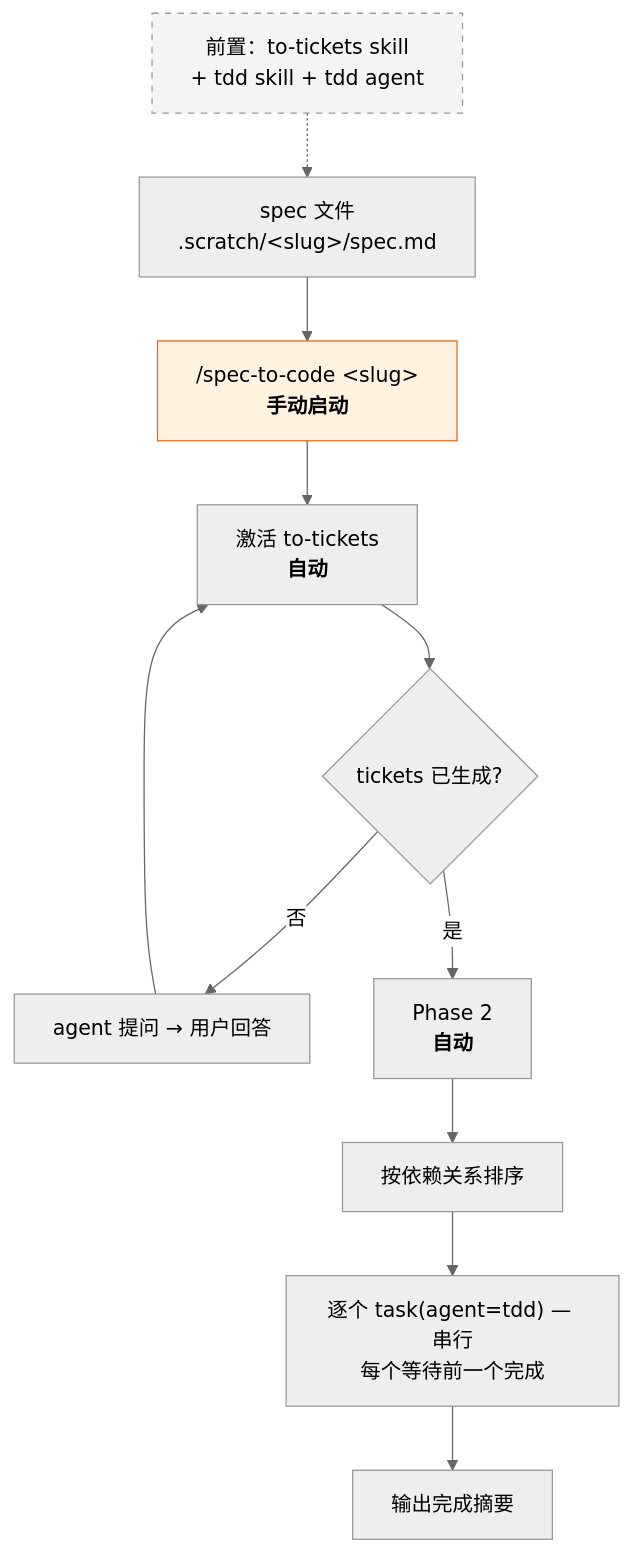
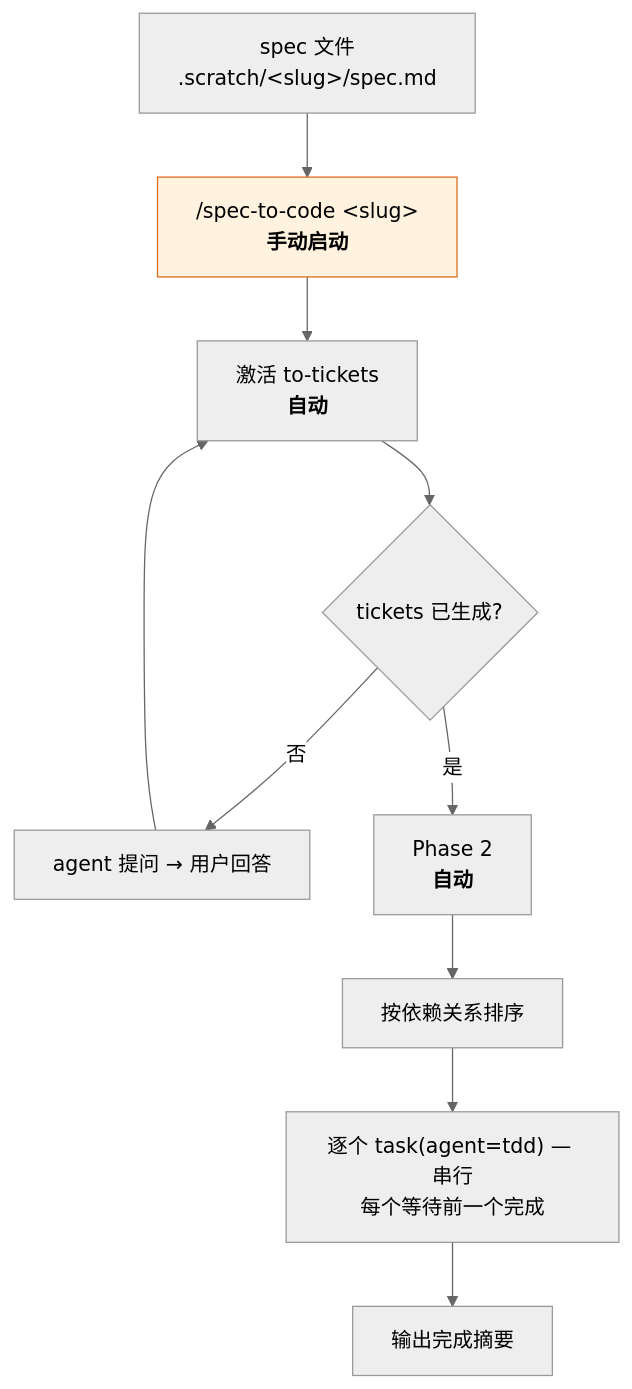
The second of 2 diagrams in README.cn.md (hugosol/oh-my-wayfinder), drawn with Mermaid (neutral theme) before and after one commit. The commit also changed other lines of this file and 1 other file, not shown here.

Commit message:
adjust flow b

````diff
--- a/README.cn.md
+++ b/README.cn.md
@@ -85,15 +85,13 @@
 ```mermaid
 flowchart TD
-    PRE["前置：to-tickets skill<br/>+ tdd skill + tdd agent"] -.-> P
     P["spec 文件<br/>.scratch/&lt;slug&gt;/spec.md"] --> C["/spec-to-code &lt;slug&gt;<br/><b>手动启动</b>"]
     C --> A["激活 to-tickets<br/><b>自动</b>"]
     A --> Q{"tickets 已生成?"}
     Q -->|"否"| QA["agent 提问 → 用户回答"] --> A
     Q -->|"是"| P2["Phase 2<br/><b>自动</b>"]
     P2 --> ORD["按依赖关系排序"]
     ORD --> TD["逐个 task(agent=tdd) — 串行<br/>每个等待前一个完成"]
     TD --> DONE["输出完成摘要"]
 
     style C fill:#fff3e0,stroke:#dd6b20
-    style PRE fill:#f4f4f4,stroke:#999,stroke-dasharray:5 5
 ```
````
